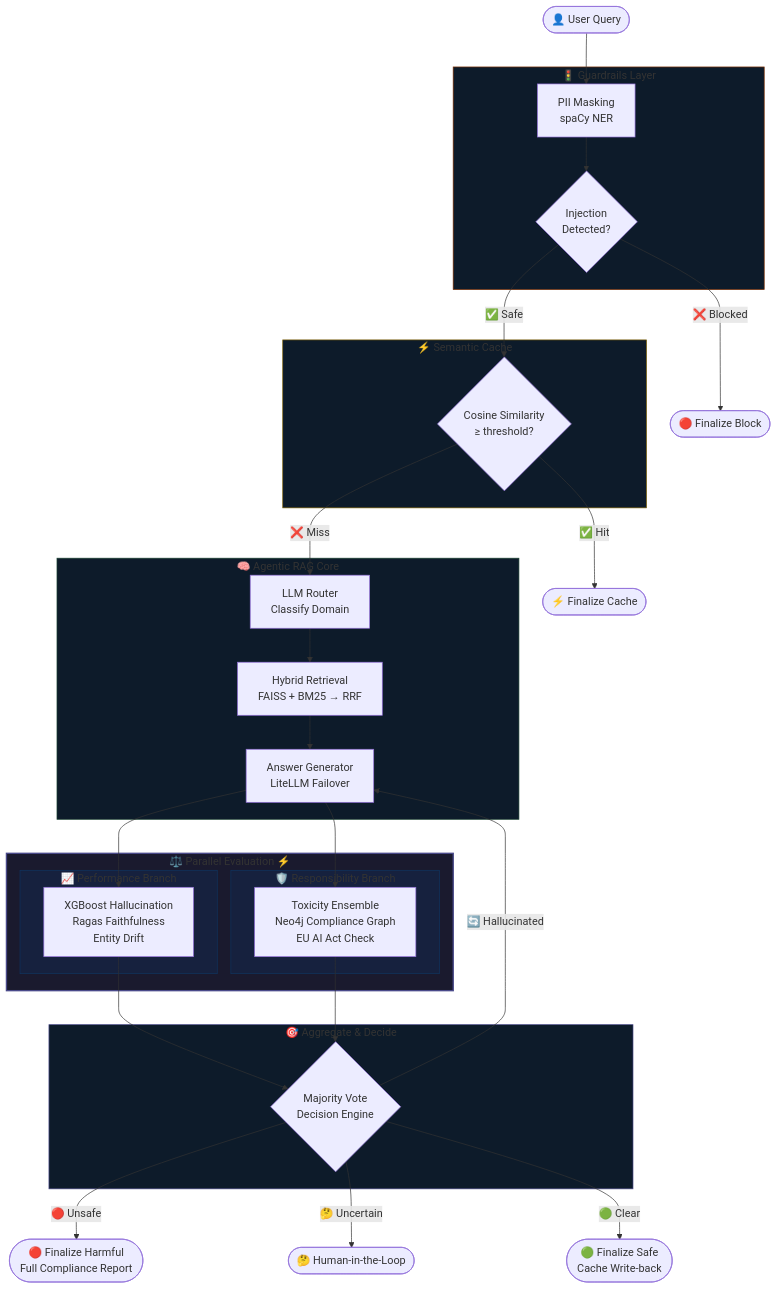
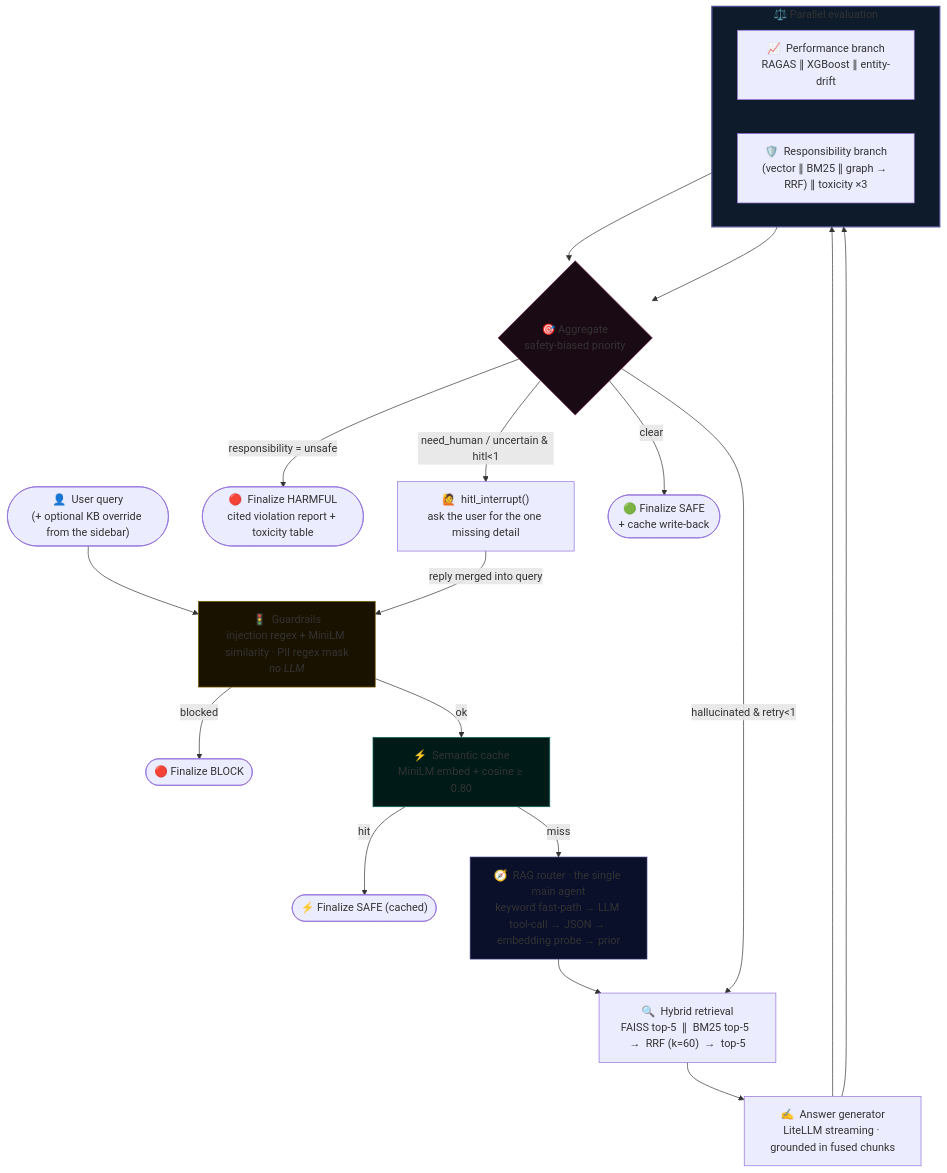
Before and after one commit to Bhavesh-Verma-git/To-be-Winners-2026-AIC: the first of 6 diagrams in README.md, drawn with Mermaid. The commit also changed other lines of this file, not shown here.

````diff
--- a/README.md
+++ b/README.md
@@ -42,53 +165,44 @@
 ```mermaid
 flowchart TD
-    A([👤 User Query]) --> B
+    Q(["👤  User query<br/>(+ optional KB override from the sidebar)"]) --> G
 
-    subgraph GUARD ["🚦  Guardrails Layer"]
-        B[PII Masking\nspaCy NER] --> C{Injection\nDetected?}
+    G["🚦  Guardrails<br/>injection regex + MiniLM similarity · PII regex mask<br/><i>no LLM</i>"]
+    G -- blocked --> FB(["🔴  Finalize BLOCK"])
+    G -- ok --> C
+
+    C["⚡  Semantic cache<br/>MiniLM embed + cosine ≥ 0.80"]
+    C -- hit --> FC(["⚡  Finalize SAFE (cached)"])
+    C -- miss --> R
+
+    R["🧭  RAG router · the single main agent<br/>keyword fast-path → LLM tool-call → JSON → embedding probe → prior"]
+    R --> RET
+
+    RET["🔍  Hybrid retrieval<br/>FAISS top-5  ∥  BM25 top-5  →  RRF (k=60)  →  top-5"]
+    RET --> AG
+
+    AG["✍️  Answer generator<br/>LiteLLM streaming · grounded in fused chunks"]
+    AG --> PERF & RESP
+
+    subgraph PARALLEL ["⚖️  Parallel evaluation"]
+      direction LR
+      PERF["📈  Performance branch<br/>RAGAS ∥ XGBoost ∥ entity-drift"]
+      RESP["🛡️  Responsibility branch<br/>(vector ∥ BM25 ∥ graph → RRF) ∥ toxicity ×3"]
     end
 
-    C -- ❌ Blocked --> Z1([🔴 Finalize Block])
-    C -- ✅ Safe --> D
+    PERF & RESP --> DEC
 
-    subgraph CACHE ["⚡  Semantic Cache"]
-        D{Cosine Similarity\n≥ threshold?}
-    end
+    DEC{"🎯  Aggregate<br/>safety-biased priority"}
+    DEC -- "responsibility = unsafe" --> FH(["🔴  Finalize HARMFUL<br/>cited violation report + toxicity table"])
+    DEC -- "hallucinated & retry<1" --> RET
+    DEC -- "need_human / uncertain & hitl<1" --> HITL
+    DEC -- "clear" --> FS(["🟢  Finalize SAFE<br/>+ cache write-back"])
 
-    D -- ✅ Hit --> Z2([⚡ Finalize Cache])
-    D -- ❌ Miss --> E
+    HITL["🙋  hitl_interrupt()<br/>ask the user for the one missing detail"]
+    HITL -- "reply merged into query" --> G
 
-    subgraph RAG ["🧠  Agentic RAG Core"]
-        E[LLM Router\nClassify Domain] --> F[Hybrid Retrieval\nFAISS + BM25 → RRF]
-        F --> G[Answer Generator\nLiteLLM Failover]
-    end
-
-    G --> H & I
-
-    subgraph PARALLEL ["⚖️  Parallel Evaluation  ⚡"]
-        subgraph PERF ["📈 Performance Branch"]
-            H[XGBoost Hallucination\nRagas Faithfulness\nEntity Drift]
-        end
-        subgraph RESP ["🛡️ Responsibility Branch"]
-            I[Toxicity Ensemble\nNeo4j Compliance Graph\nEU AI Act Check]
-        end
-    end
-
-    H & I --> J
-
-    subgraph AGG ["🎯  Aggregate & Decide"]
-        J{Majority Vote\nDecision Engine}
-    end
-
-    J -- 🔴 Unsafe --> Z3([🔴 Finalize Harmful\nFull Compliance Report])
-    J -- 🔄 Hallucinated --> G
-    J -- 🤔 Uncertain --> Z4([🤔 Human-in-the-Loop])
-    J -- 🟢 Clear --> Z5([🟢 Finalize Safe\nCache Write-back])
-
-    style PARALLEL fill:#1a1a2e,stroke:#4a4a8a,stroke-width:2px
-    style PERF fill:#16213e,stroke:#0f3460,stroke-width:1px
-    style RESP fill:#16213e,stroke:#0f3460,stroke-width:1px
-    style RAG fill:#0d1b2a,stroke:#1b4332,stroke-width:1px
-    style GUARD fill:#0d1b2a,stroke:#7b2d00,stroke-width:1px
-    style CACHE fill:#0d1b2a,stroke:#7b5e00,stroke-width:1px
-    style AGG fill:#0d1b2a,stroke:#4a4a8a,stroke-width:1px
+    style PARALLEL fill:#0d1b2a,stroke:#4a4a8a,stroke-width:2px
+    style G fill:#1a1200,stroke:#7b5e00
+    style C fill:#001a17,stroke:#0f6b60
+    style R fill:#0a0f2a,stroke:#3a3a7a
+    style DEC fill:#1a0a14,stroke:#7a2450
 ```
````
